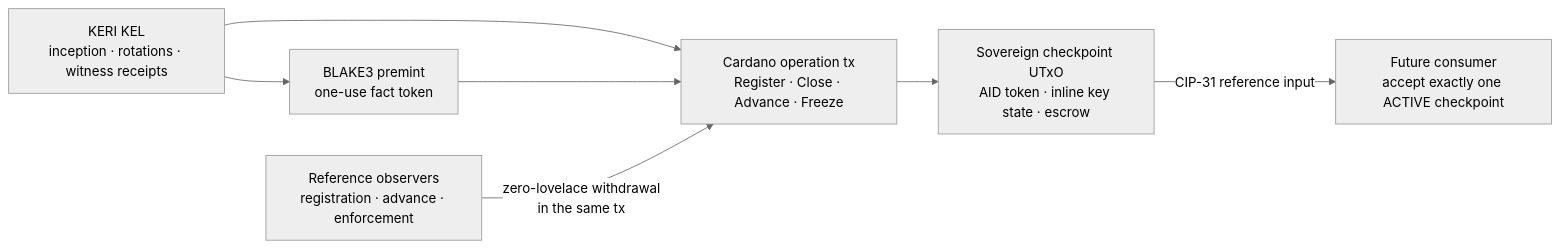
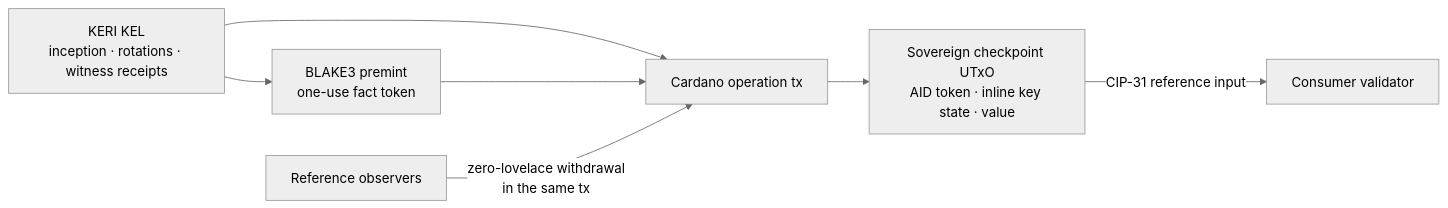
The first of 2 diagrams in docs/architecture/overview.md (lambdasistemi/cardano-keri), drawn with Mermaid (neutral theme) before and after one commit. The commit also changed other lines of this file and 2 other files, not shown here.

First line of the commit message:
docs(architecture): identity operations, overview and system rewritten

````diff
--- a/docs/architecture/overview.md
+++ b/docs/architecture/overview.md
@@ -14,16 +22,16 @@
 ```mermaid
 flowchart LR
     KEL["KERI KEL<br/>inception · rotations · witness receipts"]
     PRE["BLAKE3 premint<br/>one-use fact token"]
-    TX["Cardano operation tx<br/>Register · Close · Advance · Freeze"]
-    CK["Sovereign checkpoint UTxO<br/>AID token · inline key state · escrow"]
-    OBS["Reference observers<br/>registration · advance · enforcement"]
-    APP["Future consumer<br/>accept exactly one ACTIVE checkpoint"]
+    TX["Cardano operation tx"]
+    CK["Sovereign checkpoint UTxO<br/>AID token · inline key state · value"]
+    OBS["Reference observers"]
+    APP["Consumer validator"]
 
     KEL --> PRE
     KEL --> TX
     PRE --> TX
     TX --> CK
     OBS -->|"zero-lovelace withdrawal<br/>in the same tx"| TX
     CK -->|"CIP-31 reference input"| APP
 ```
````
